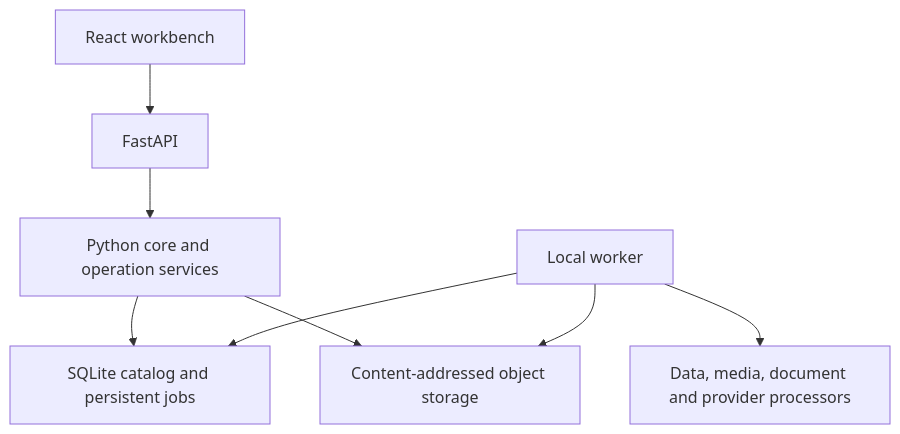
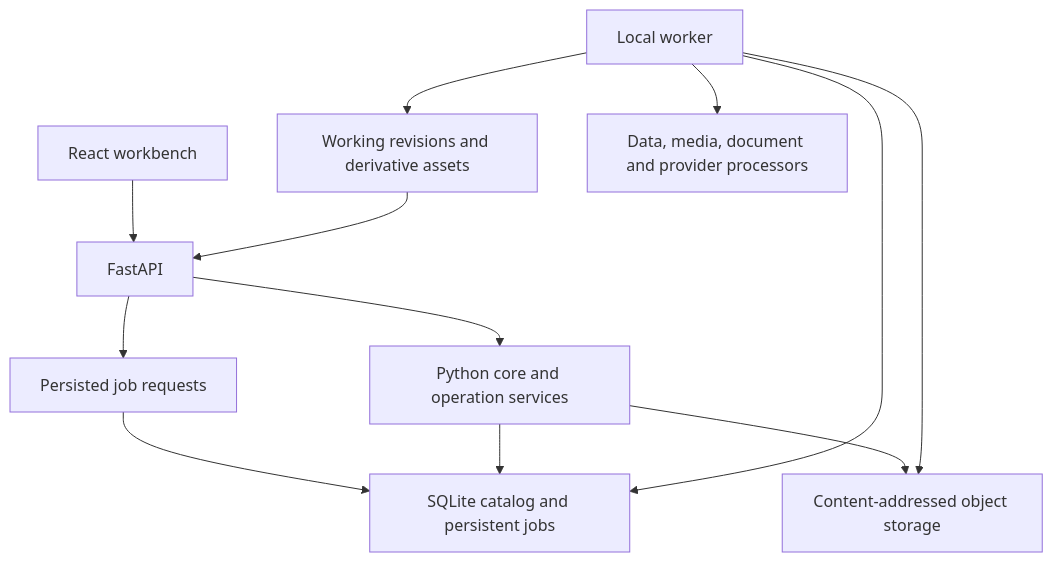
Before and after one commit to Cyanex1702/MediaSensei: the diagram in README.md, drawn with Mermaid. The commit also changed other lines of this file and 10 other files, not shown here.

Commit message:
Explain the product and architecture with a visual walkthrough

````diff
--- a/README.md
+++ b/README.md
@@ -221,10 +243,14 @@
 ```mermaid
 flowchart TD
     UI[React workbench] --> API[FastAPI]
     API --> Core[Python core and operation services]
+    API --> Jobs[Persisted job requests]
+    Jobs --> Catalog
     Core --> Catalog[SQLite catalog and persistent jobs]
     Core --> Objects[Content-addressed object storage]
     Worker[Local worker] --> Catalog
     Worker --> Objects
+    Worker --> Results[Working revisions and derivative assets]
+    Results --> API
     Worker --> Tools[Data, media, document and provider processors]
 ```
````
